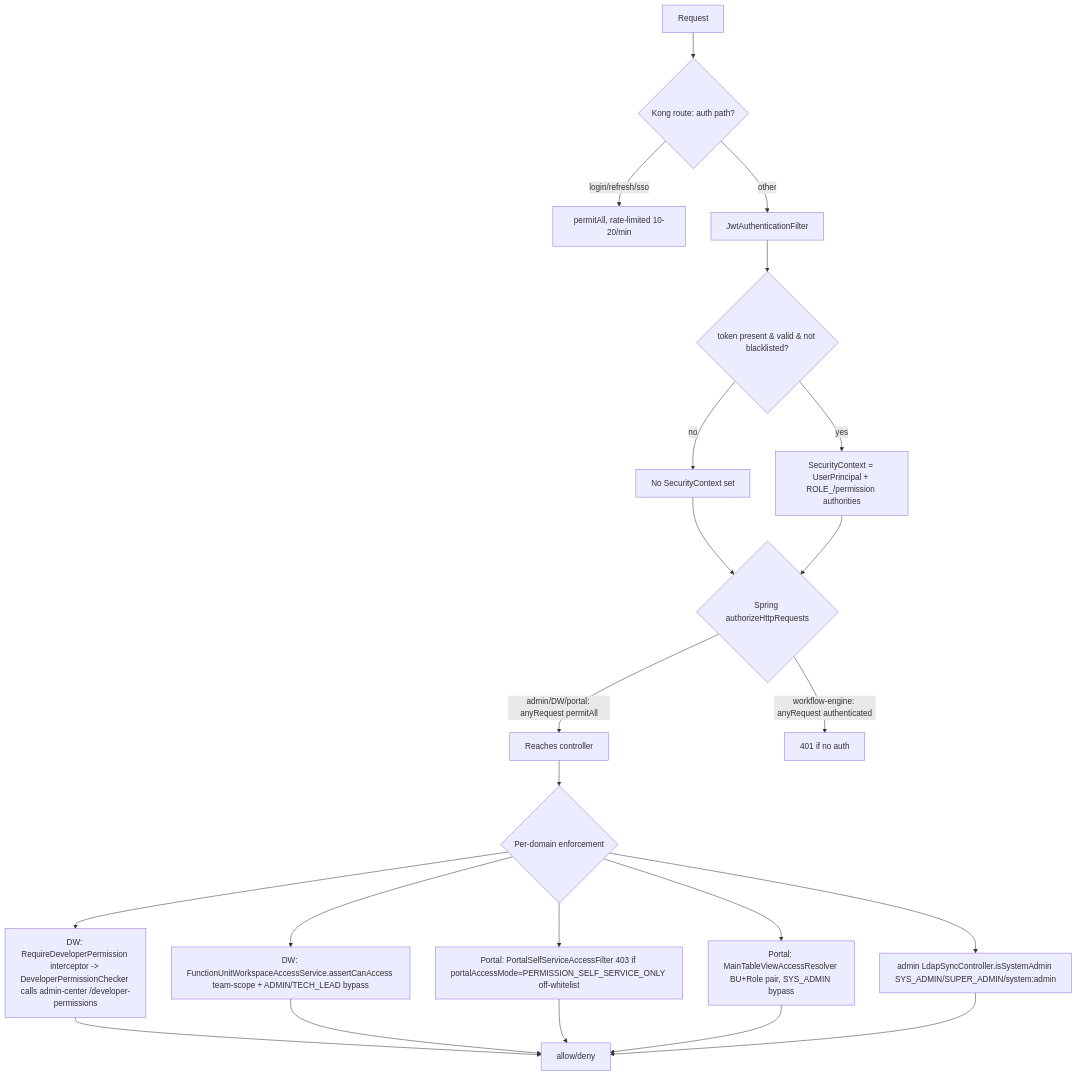
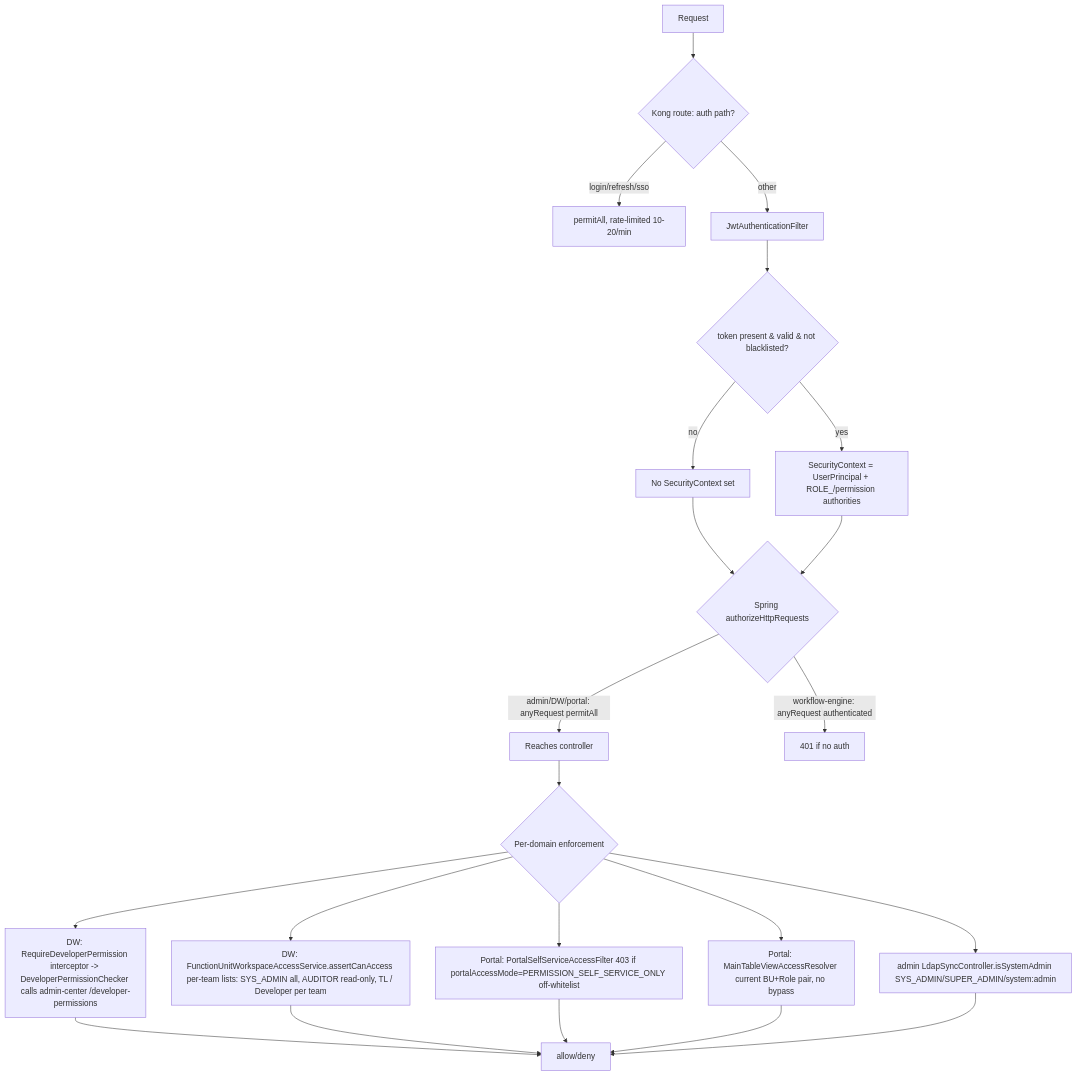
The second of 2 diagrams in docs/x-ray/architecture/authentication-authorization.md (bigballgis/Workflow-Station---sun), drawn with Mermaid before and after one commit. The commit also changed other lines of this file and 1130 other files, not shown here.

````diff
--- a/docs/x-ray/architecture/authentication-authorization.md
+++ b/docs/x-ray/architecture/authentication-authorization.md
@@ -72,24 +72,24 @@
 ```mermaid
 flowchart TD
     A[Request] --> B{Kong route: auth path?}
     B -->|login/refresh/sso| C[permitAll, rate-limited 10-20/min]
     B -->|other| D[JwtAuthenticationFilter]
     D --> E{token present & valid & not blacklisted?}
     E -->|no| F[No SecurityContext set]
     E -->|yes| G[SecurityContext = UserPrincipal + ROLE_/permission authorities]
     F --> H{Spring authorizeHttpRequests}
     G --> H
     H -->|admin/DW/portal: anyRequest permitAll| I[Reaches controller]
     H -->|workflow-engine: anyRequest authenticated| I2[401 if no auth]
     I --> J{Per-domain enforcement}
     J --> J1[DW: RequireDeveloperPermission interceptor -> DeveloperPermissionChecker calls admin-center /developer-permissions]
-    J --> J2[DW: FunctionUnitWorkspaceAccessService.assertCanAccess team-scope + ADMIN/TECH_LEAD bypass]
+    J --> J2[DW: FunctionUnitWorkspaceAccessService.assertCanAccess per-team lists: SYS_ADMIN all, AUDITOR read-only, TL / Developer per team]
     J --> J3[Portal: PortalSelfServiceAccessFilter 403 if portalAccessMode=PERMISSION_SELF_SERVICE_ONLY off-whitelist]
-    J --> J4[Portal: MainTableViewAccessResolver BU+Role pair, SYS_ADMIN bypass]
+    J --> J4[Portal: MainTableViewAccessResolver current BU+Role pair, no bypass]
     J --> J5[admin LdapSyncController.isSystemAdmin SYS_ADMIN/SUPER_ADMIN/system:admin]
     J1 --> K[allow/deny]
     J2 --> K
     J3 --> K
     J4 --> K
     J5 --> K
 ```
````
